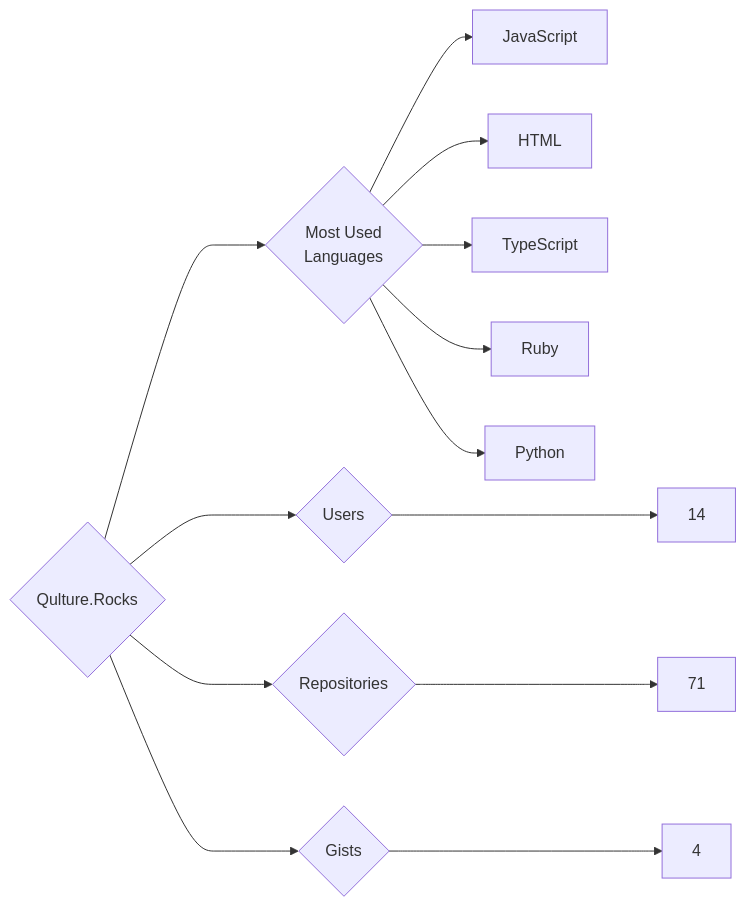
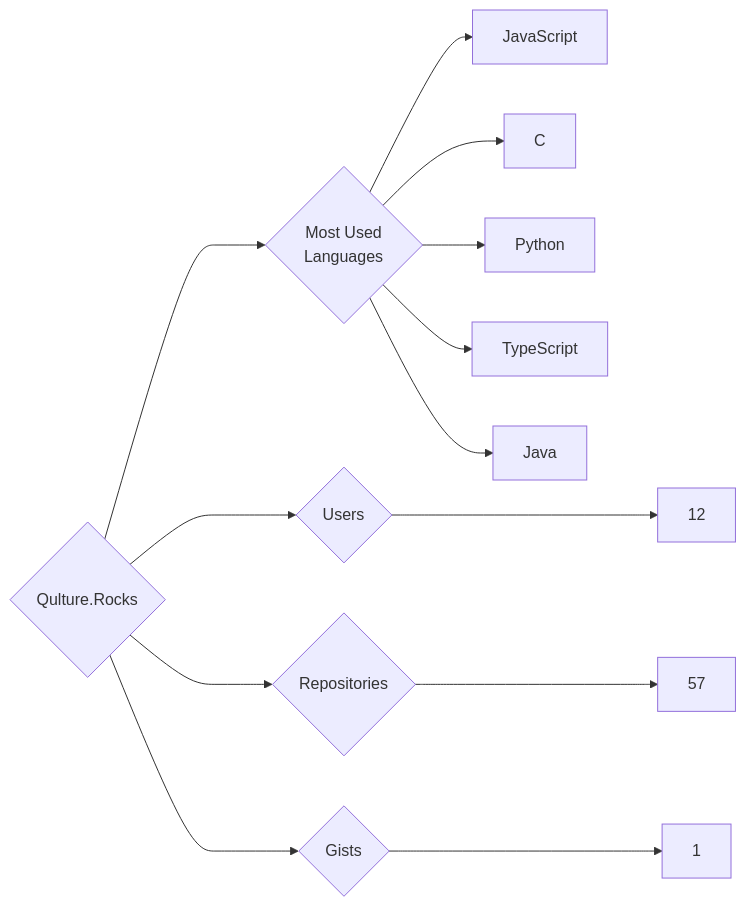
One commit to trickest/insiders changed the diagram in targets/Qulture.Rocks/README.md. Above: the diagram before and after it, drawn with Mermaid. The commit also changed 970 other files, not shown here.

````diff
--- a/targets/Qulture.Rocks/README.md
+++ b/targets/Qulture.Rocks/README.md
@@ -3,13 +3,13 @@
 ```mermaid
 graph LR
 COMPANY_NAME{Qulture.Rocks}
-COMPANY_NAME ---> U{Users} ---> UN[14]
-COMPANY_NAME ---> R{Repositories} ---> RN[71]
-COMPANY_NAME ---> G{Gists} ---> GN[4]
+COMPANY_NAME ---> U{Users} ---> UN[12]
+COMPANY_NAME ---> R{Repositories} ---> RN[57]
+COMPANY_NAME ---> G{Gists} ---> GN[1]
 COMPANY_NAME ---> ML{Most Used<br>Languages}
 ML --> JavaScript[JavaScript]
-ML --> HTML[HTML]
+ML --> C[C]
+ML --> Python[Python]
 ML --> TypeScript[TypeScript]
-ML --> Ruby[Ruby]
-ML --> Python[Python]
+ML --> Java[Java]
 ```
````
